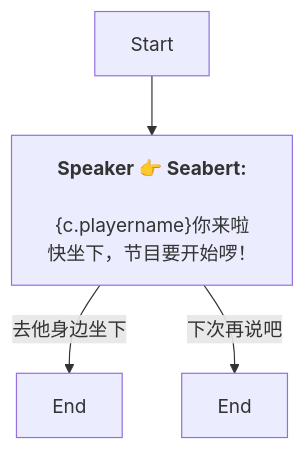
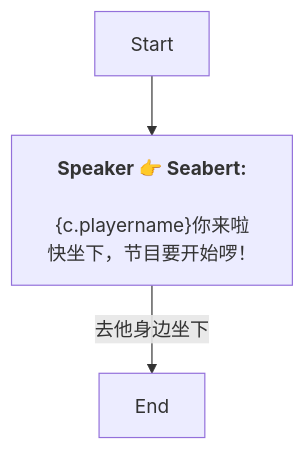
One commit to SoftHu/tos_avg changed the diagram in Zh/QuestStartTalkENode_1753932806842204.md. Above: the diagram before and after it, drawn with Mermaid. The commit also changed 780 other files, not shown here.

````diff
--- a/Zh/QuestStartTalkENode_1753932806842204.md
+++ b/Zh/QuestStartTalkENode_1753932806842204.md
@@ -1,9 +1,8 @@
 ```mermaid
 graph
 Start -->1753932836608863[<b>Speaker 👉 Seabert:</b>
 \n&lbrace;c.playername&rbrace;你来啦
 快坐下，节目要开始啰！]
 1753932836608863 -->|去他身边坐下|1753933123549030[End]
-1753932836608863 -->|下次再说吧|1753933129887591[End]
 
 ```
````
